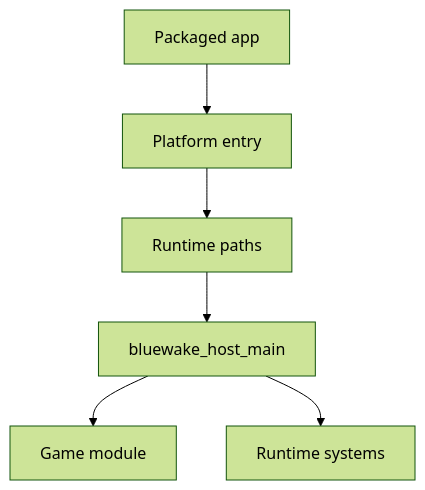
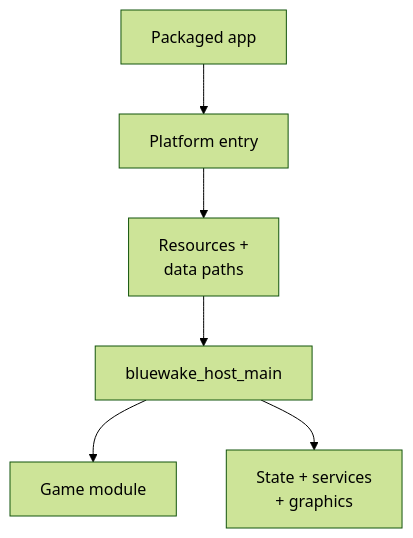
The diagram in docs/architecture/runtime/Host.md (Aelbannan/boat_of_daphnes), drawn with Mermaid (forest theme) before and after one commit. The commit also changed 6 other files, not shown here.

Commit message:
docs: preserve labels with Mermaid line breaks

````diff
--- a/docs/architecture/runtime/Host.md
+++ b/docs/architecture/runtime/Host.md
@@ -19,13 +19,15 @@
 ```mermaid
 flowchart TD
     Package["Packaged app"]
     Entry["Platform entry"]
-    Paths["Runtime paths"]
+    Paths["`Resources +
+data paths`"]
     Host["bluewake_host_main"]
     Module["Game module"]
-    Runtime["Runtime systems"]
+    Runtime["`State + services
++ graphics`"]
 
     Package --> Entry --> Paths --> Host
     Host --> Module
     Host --> Runtime
 ```
````
